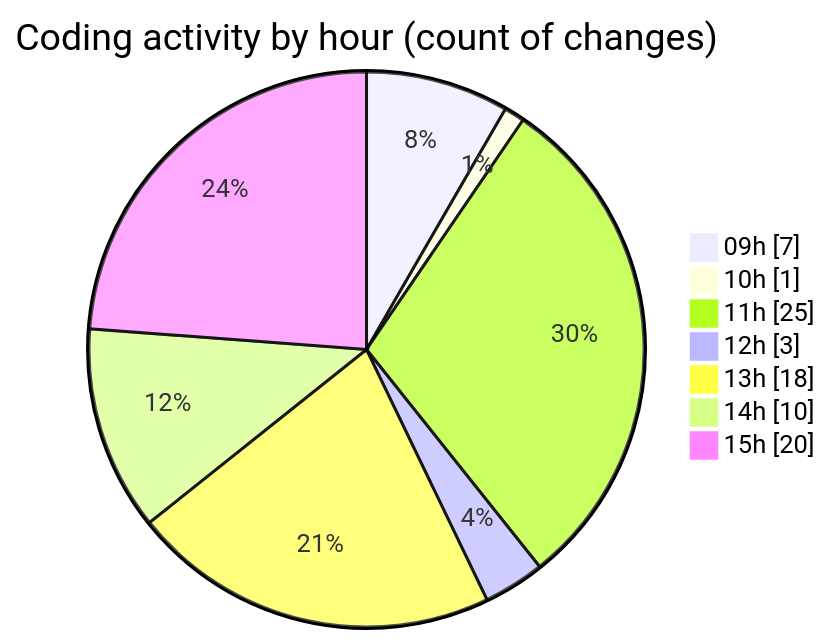
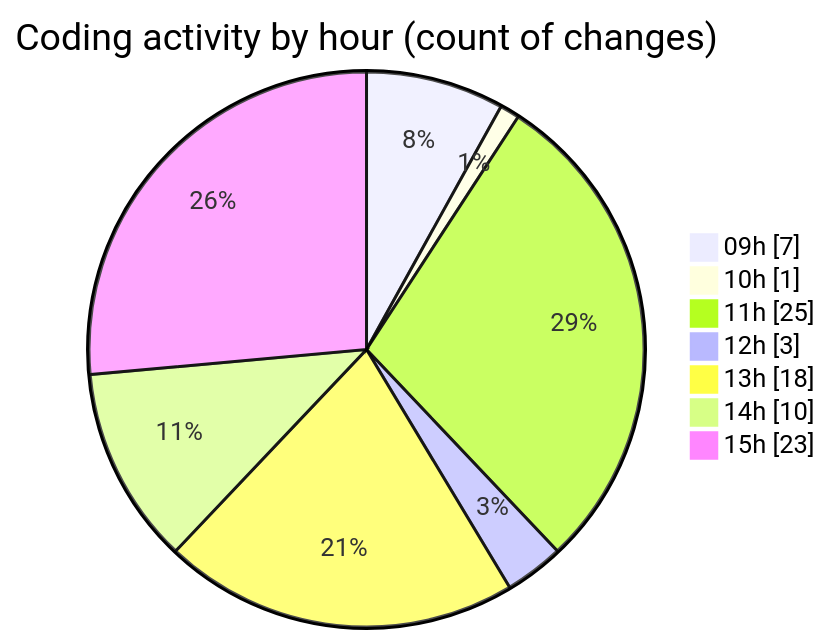
The second of 2 diagrams in 2025-07-30/cda/README.md (momahboobian/code-tracking), drawn with Mermaid before and after one commit. The commit also changed other lines of this file and 1 other file, not shown here.

````diff
--- a/2025-07-30/cda/README.md
+++ b/2025-07-30/cda/README.md
@@ -40,11 +40,11 @@
 ```mermaid
 pie showData
 title Coding activity by hour (count of changes)
 "09h" : 7
 "10h" : 1
 "11h" : 25
 "12h" : 3
 "13h" : 18
 "14h" : 10
-"15h" : 20
+"15h" : 23
 ```
````
